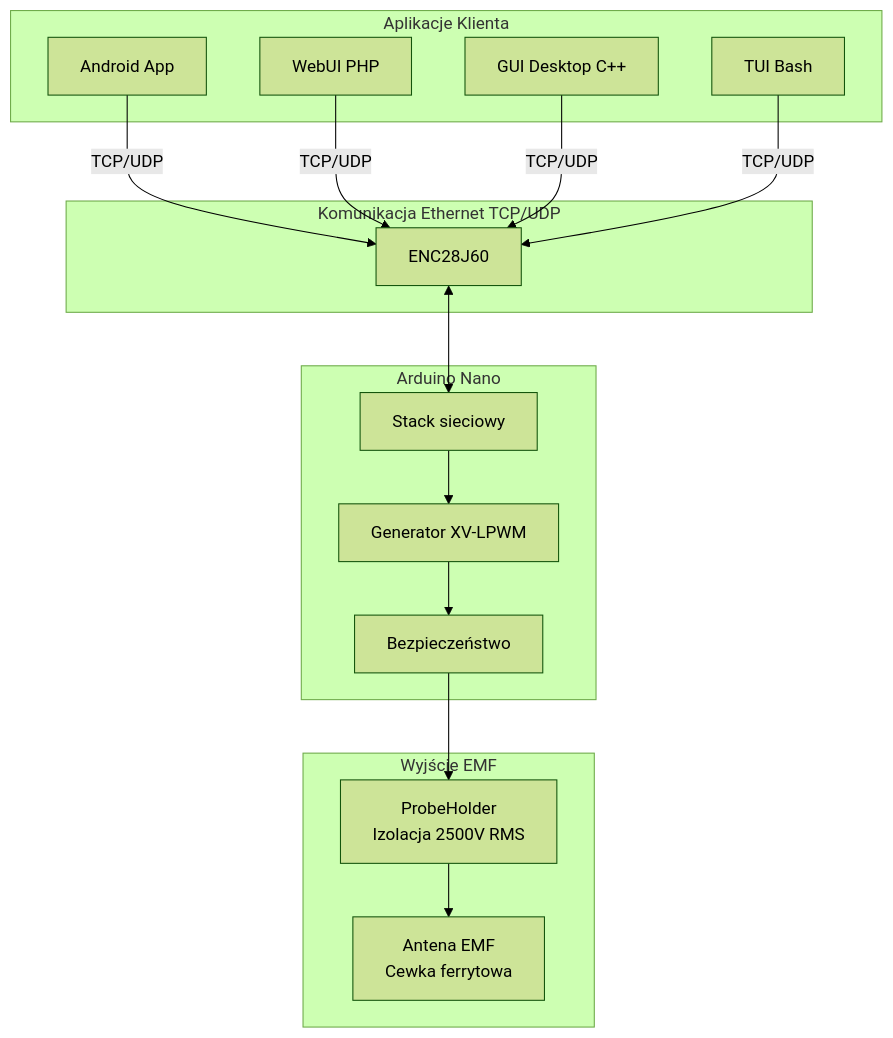
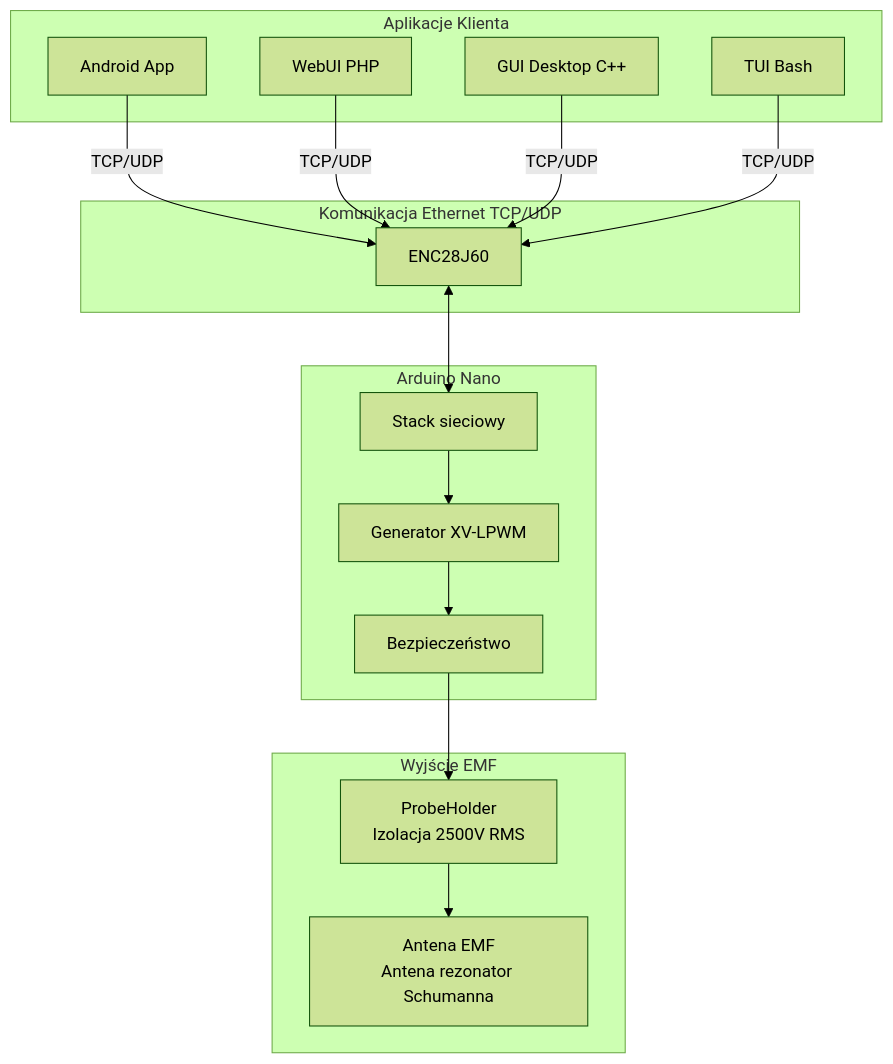
One commit to bartoszruta26-droid/Bioresonance changed the diagram in README.md. Above: the diagram before and after it, drawn with Mermaid (forest theme). The commit also changed other lines of this file and 6 other files, not shown here.

````diff
--- a/README.md
+++ b/README.md
@@ -72,35 +72,35 @@
 ```mermaid
 graph TD
     subgraph Klient["Aplikacje Klienta"]
         A[Android App]
         B[WebUI PHP]
         C[GUI Desktop C++]
         D[TUI Bash]
     end
 
     subgraph Sieć["Komunikacja Ethernet TCP/UDP"]
         E[ENC28J60]
     end
 
     subgraph Arduino["Arduino Nano"]
         F[Generator XV-LPWM]
         G[Bezpieczeństwo]
         H[Stack sieciowy]
     end
 
     subgraph Wyjście["Wyjście EMF"]
         I[ProbeHolder<br/>Izolacja 2500V RMS]
-        J[Antena EMF<br/>Cewka ferrytowa]
+        J[Antena EMF<br/>Antena rezonator Schumanna]
     end
 
     A -->|TCP/UDP| E
     B -->|TCP/UDP| E
     C -->|TCP/UDP| E
     D -->|TCP/UDP| E
     
     E <--> H
     H --> F
     F --> G
     G --> I
     I --> J
 ```
````
